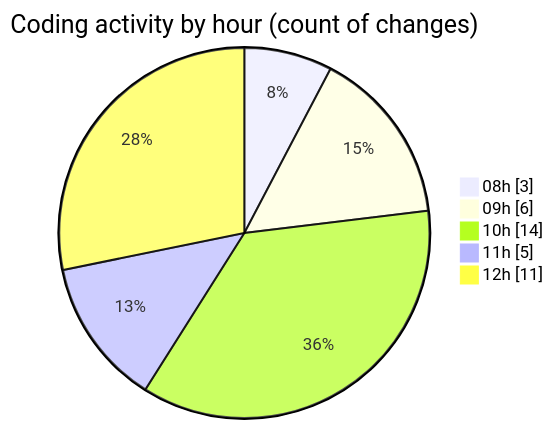
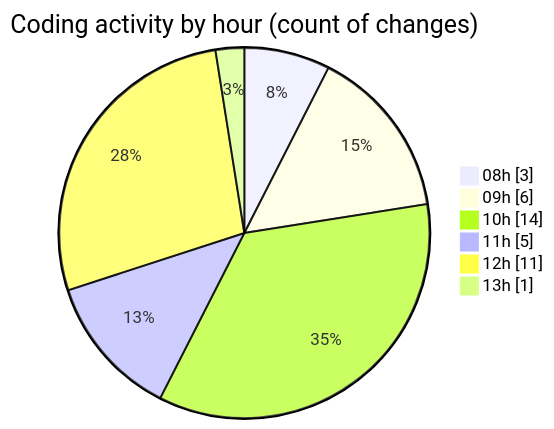
One commit to BS-eng2023/code-tracking changed the second of 2 diagrams in 2025-04-01/jsvms/README.md. Above: the diagram before and after it, drawn with Mermaid. The commit also changed other lines of this file and 1 other file, not shown here.

````diff
--- a/2025-04-01/jsvms/README.md
+++ b/2025-04-01/jsvms/README.md
@@ -45,9 +45,10 @@
 ```mermaid
 pie showData
 title Coding activity by hour (count of changes)
 "08h" : 3
 "09h" : 6
 "10h" : 14
 "11h" : 5
 "12h" : 11
+"13h" : 1
 ```
````
